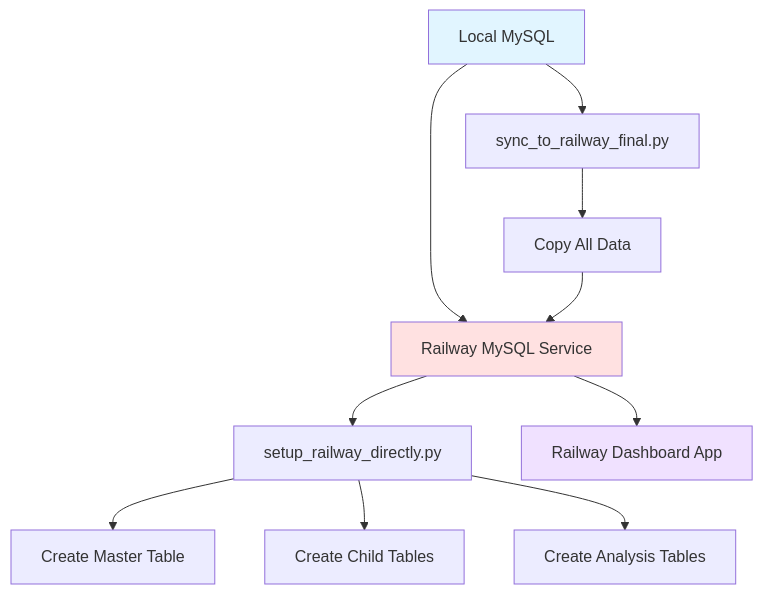
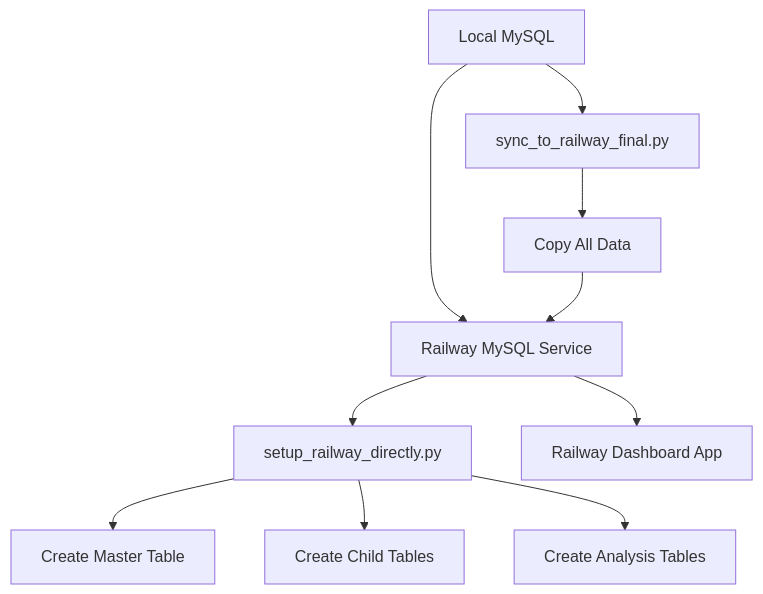
One commit to Acash-bits/tax_summit changed the eighth of 10 diagrams in Readme.md. Above: the diagram before and after it, drawn with Mermaid. The commit also changed other lines of this file, not shown here.

````diff
--- a/Readme.md
+++ b/Readme.md
@@ -1040,18 +1014,14 @@
 ```mermaid
 graph TB
     A[Local MySQL] --> B[Railway MySQL Service]
     B --> C[setup_railway_directly.py]
     C --> D[Create Master Table]
     C --> E[Create Child Tables]
     C --> F[Create Analysis Tables]
     
     A --> G[sync_to_railway_final.py]
     G --> H[Copy All Data]
     H --> B
     
     B --> I[Railway Dashboard App]
-    
-    style A fill:#e1f5ff
-    style B fill:#ffe1e1
-    style I fill:#f0e1ff
 ```
````
